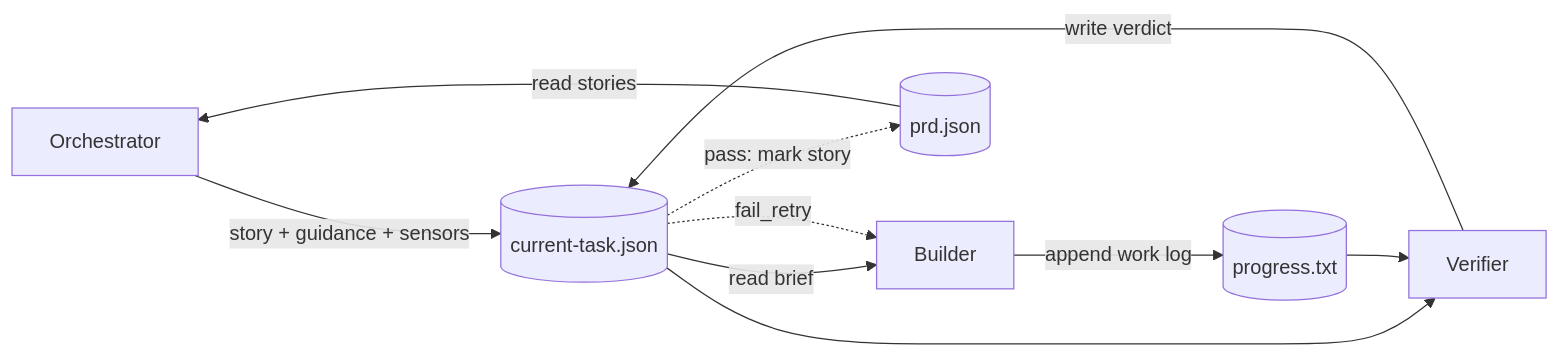
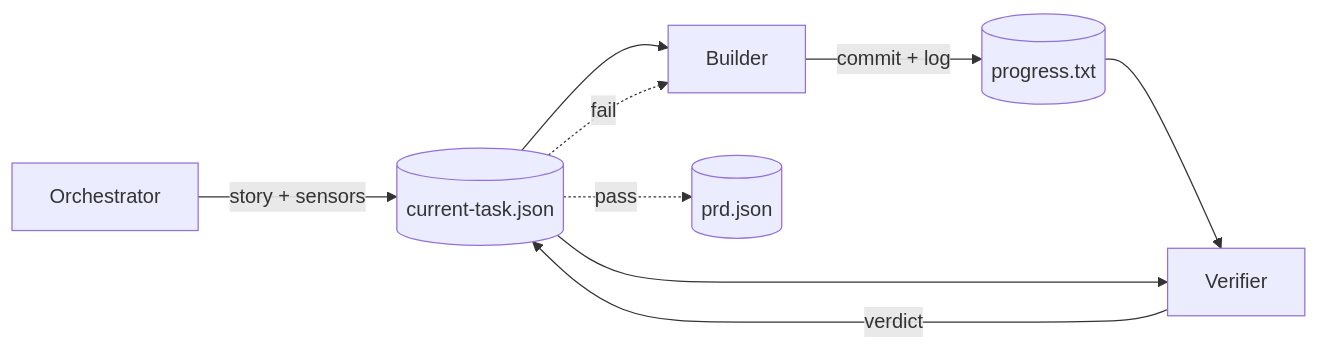
The diagram in README.md (trebaud/marmite), drawn with Mermaid before and after one commit. The commit also changed other lines of this file, not shown here.

````diff
--- a/README.md
+++ b/README.md
@@ -36,20 +67,11 @@
 ```mermaid
 flowchart LR
-    O["Orchestrator"]
-    B["Builder"]
-    V["Verifier"]
-
-    P[("prd.json")]
-    CT[("current-task.json")]
-    PR[("progress.txt")]
-
-    P -->|read stories| O
-    O -->|story + guidance + sensors| CT
-    CT -->|read brief| B
-    B -->|append work log| PR
+    O["Orchestrator"] -->|story + sensors| CT[("current-task.json")]
+    CT --> B["Builder"]
+    B -->|commit + log| PR[("progress.txt")]
+    PR --> V["Verifier"]
     CT --> V
-    PR --> V
-    V -->|write verdict| CT
-    CT -.->|pass: mark story| P
-    CT -.->|fail_retry| B
+    V -->|verdict| CT
+    CT -.->|pass| P[("prd.json")]
+    CT -.->|fail| B
 ```
````
